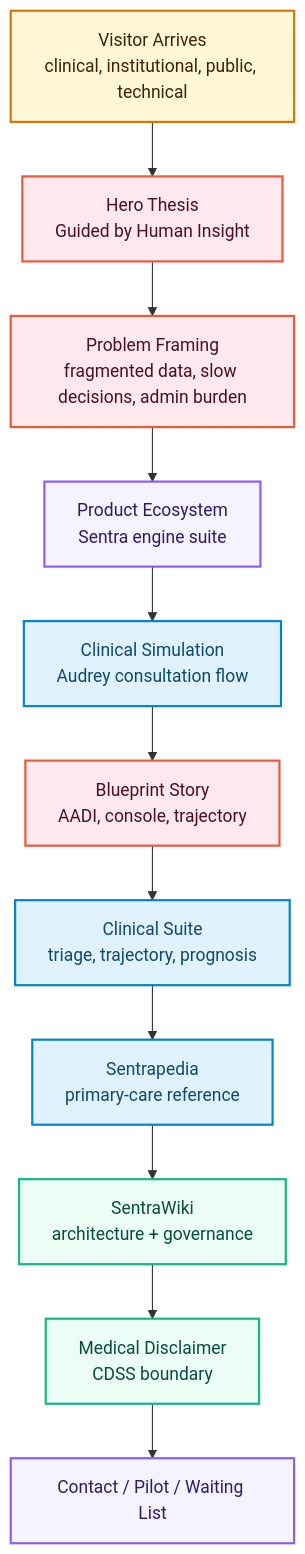
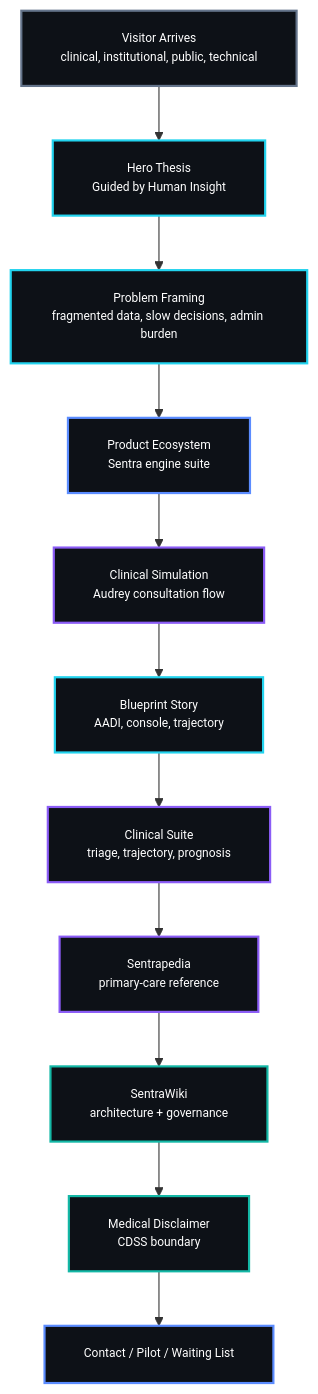
One commit to drferdi/Sentraverse changed the second of 9 diagrams in README.md. Above: the diagram before and after it, drawn with Mermaid. The commit also changed other lines of this file, not shown here.

````diff
--- a/README.md
+++ b/README.md
@@ -194,26 +217,27 @@
 ```mermaid
+%%{init: {"flowchart": {"padding": 18}, "themeVariables": {"fontFamily": "monospace", "fontSize": "11px"}}}%%
 flowchart TD
     A["Visitor Arrives<br/>clinical, institutional, public, technical"] --> B["Hero Thesis<br/>Guided by Human Insight"]
     B --> C["Problem Framing<br/>fragmented data, slow decisions, admin burden"]
     C --> D["Product Ecosystem<br/>Sentra engine suite"]
     D --> E["Clinical Simulation<br/>Audrey consultation flow"]
     E --> F["Blueprint Story<br/>AADI, console, trajectory"]
     F --> G["Clinical Suite<br/>triage, trajectory, prognosis"]
     G --> H["Sentrapedia<br/>primary-care reference"]
     H --> I["SentraWiki<br/>architecture + governance"]
     I --> J["Medical Disclaimer<br/>CDSS boundary"]
     J --> K["Contact / Pilot / Waiting List"]
 
-    classDef entry fill:#FFF7D6,stroke:#D97706,color:#422006,stroke-width:2px;
-    classDef story fill:#FFE8EE,stroke:#EB5939,color:#4A1020,stroke-width:2px;
-    classDef product fill:#F5F3FF,stroke:#8B5CF6,color:#2D1B69,stroke-width:2px;
-    classDef clinical fill:#E0F2FE,stroke:#0284C7,color:#0C4A6E,stroke-width:2px;
-    classDef governance fill:#ECFDF5,stroke:#10B981,color:#064E3B,stroke-width:2px;
-    classDef action fill:#111827,stroke:#EB5939,color:#FFFFFF,stroke-width:3px;
+    classDef entry fill:#0D1117,stroke:#64748B,color:#FFFFFF,stroke-width:2px;
+    classDef story fill:#0D1117,stroke:#22D3EE,color:#FFFFFF,stroke-width:2px;
+    classDef product fill:#0D1117,stroke:#5B8CFF,color:#FFFFFF,stroke-width:2px;
+    classDef clinical fill:#0D1117,stroke:#8B5CF6,color:#FFFFFF,stroke-width:2px;
+    classDef governance fill:#0D1117,stroke:#14B8A6,color:#FFFFFF,stroke-width:2px;
+    classDef action fill:#0D1117,stroke:#F59E0B,color:#FFFFFF,stroke-width:3px;
 
     class A entry;
     class B,C,F story;
     class D,K product;
     class E,G,H clinical;
     class I,J governance;
 ```
````
